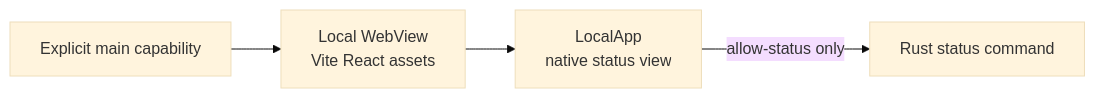
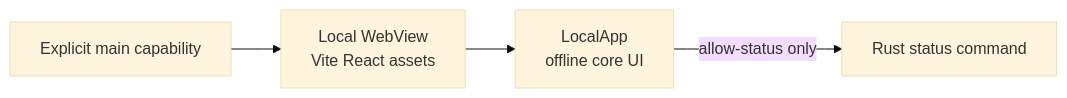
One commit to meharajM/ai-worker-desktop changed the second of 36 diagrams in architecture.md. Above: the diagram before and after it, drawn with Mermaid (base theme). The commit also changed other lines of this file and 1 other file, not shown here.

Commit message:
feat(tauri): add local core UI

````diff
--- a/architecture.md
+++ b/architecture.md
@@ -71,6 +71,6 @@
 ```mermaid
 graph LR
-    TauriWindow[Local WebView<br/>Vite React assets] --> LocalApp[LocalApp<br/>native status view]
+    TauriWindow[Local WebView<br/>Vite React assets] --> LocalApp[LocalApp<br/>offline core UI]
     LocalApp -->|allow-status only| StatusCommand[Rust status command]
     TauriConfig[Explicit main capability] --> TauriWindow
 ```
````
